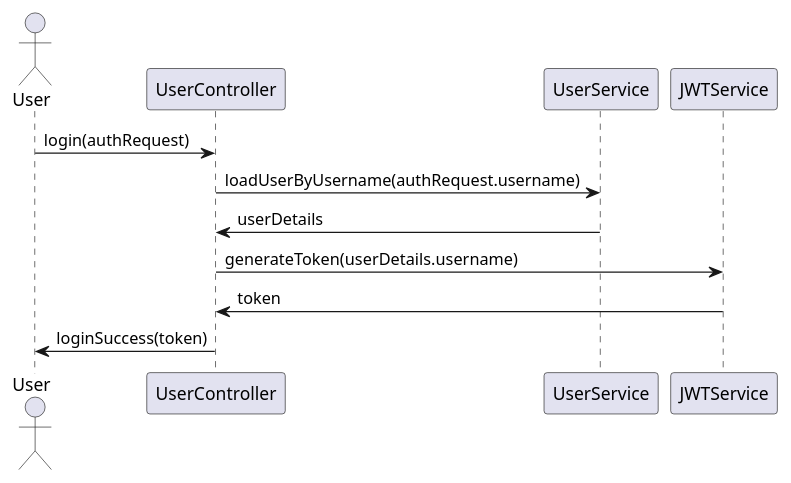
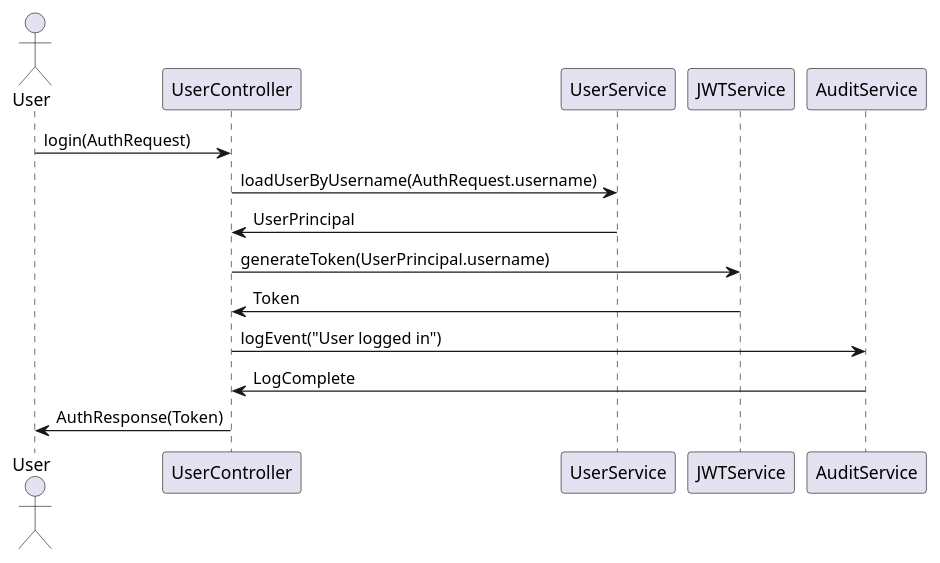
Before and after one commit to Dinesh-s95/AutoDoc.ai: the second of 5 diagrams in identityprovider/documentation/detaileddesign.adoc, drawn with PlantUML. The commit also changed other lines of this file and 4 other files, not shown here.

````diff
--- a/identityprovider/documentation/detaileddesign.adoc
+++ b/identityprovider/documentation/detaileddesign.adoc
@@ -271,15 +310,18 @@
 ```plantuml
 @startuml
 actor User
 participant UserController
 participant UserService
 participant JWTService
+participant AuditService
 
-User -> UserController : login(authRequest)
-UserController -> UserService : loadUserByUsername(authRequest.username)
-UserService -> UserController : userDetails
-UserController -> JWTService : generateToken(userDetails.username)
-JWTService -> UserController : token
-UserController -> User : loginSuccess(token)
+User -> UserController : login(AuthRequest)
+UserController -> UserService : loadUserByUsername(AuthRequest.username)
+UserService -> UserController : UserPrincipal
+UserController -> JWTService : generateToken(UserPrincipal.username)
+JWTService -> UserController : Token
+UserController -> AuditService : logEvent("User logged in")
+AuditService -> UserController : LogComplete
+UserController -> User : AuthResponse(Token)
 @enduml
 ```
````
